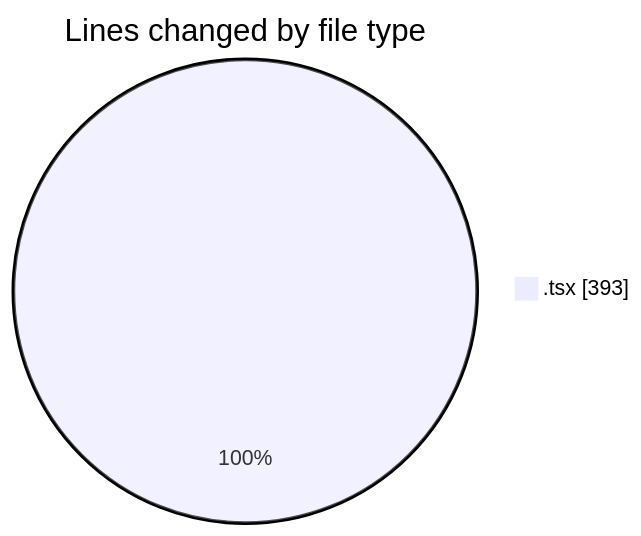
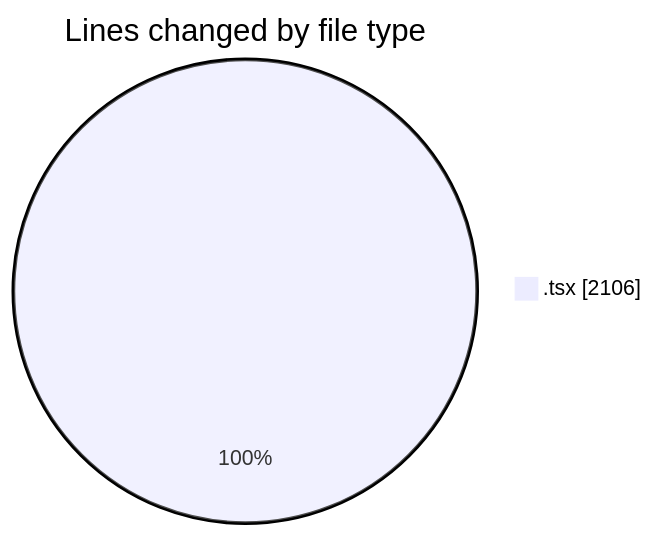
The first of 2 diagrams in 2026-02-22/nxtqube_webapp/README.md (nxtqubesakshisongat/code-tracking), drawn with Mermaid before and after one commit. The commit also changed other lines of this file and 1 other file, not shown here.

````diff
--- a/2026-02-22/nxtqube_webapp/README.md
+++ b/2026-02-22/nxtqube_webapp/README.md
@@ -20,5 +20,5 @@
 ```mermaid
 pie showData
 title Lines changed by file type
-".tsx" : 393
+".tsx" : 2106
 ```
````
